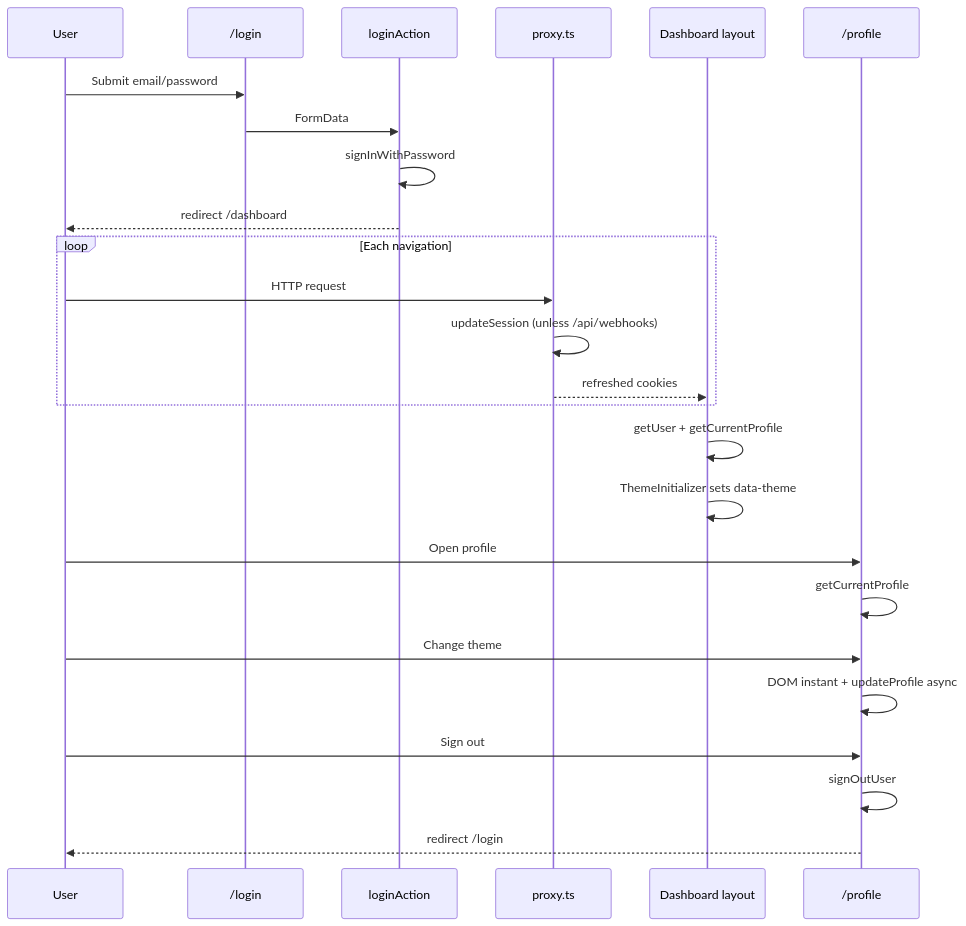
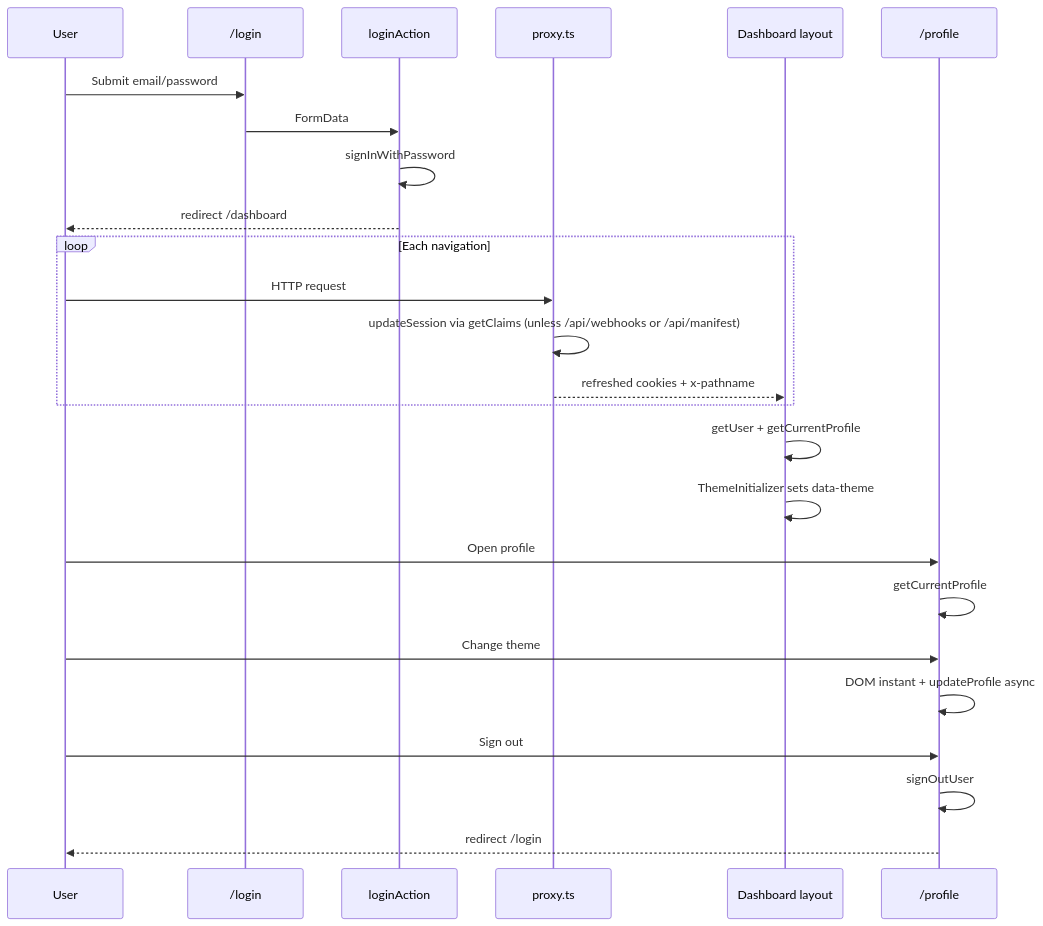
Before and after one commit to Indulge-Builder/serene: the diagram in docs/pages/auth.md, drawn with Mermaid. The commit also changed other lines of this file and 139 other files, not shown here.

````diff
--- a/docs/pages/auth.md
+++ b/docs/pages/auth.md
@@ -362,28 +420,28 @@
 ```mermaid
 sequenceDiagram
   participant U as User
   participant L as /login
   participant A as loginAction
   participant P as proxy.ts
   participant D as Dashboard layout
   participant Pr as /profile
 
   U->>L: Submit email/password
   L->>A: FormData
   A->>A: signInWithPassword
   A-->>U: redirect /dashboard
   loop Each navigation
     U->>P: HTTP request
-    P->>P: updateSession (unless /api/webhooks)
-    P-->>D: refreshed cookies
+    P->>P: updateSession via getClaims (unless /api/webhooks or /api/manifest)
+    P-->>D: refreshed cookies + x-pathname
   end
   D->>D: getUser + getCurrentProfile
   D->>D: ThemeInitializer sets data-theme
   U->>Pr: Open profile
   Pr->>Pr: getCurrentProfile
   U->>Pr: Change theme
   Pr->>Pr: DOM instant + updateProfile async
   U->>Pr: Sign out
   Pr->>Pr: signOutUser
   Pr-->>U: redirect /login
 ```
````
